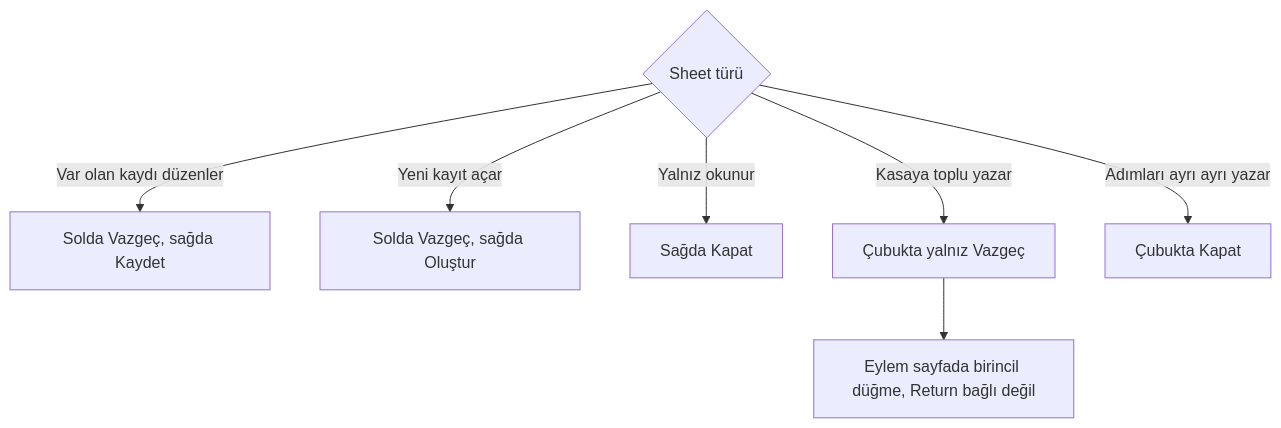
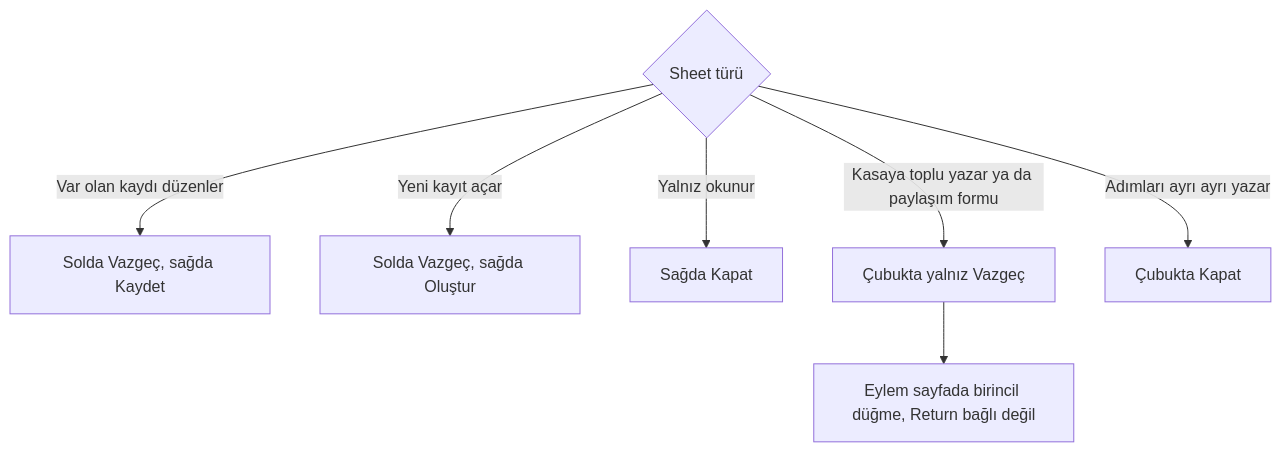
One commit to dogancanyildiz/kenet changed the second of 6 diagrams in docs/design.md. Above: the diagram before and after it, drawn with Mermaid. The commit also changed other lines of this file and 3 other files, not shown here.

````diff
--- a/docs/design.md
+++ b/docs/design.md
@@ -367,9 +220,9 @@
 ```mermaid
 flowchart TD
     A{Sheet türü} -->|Var olan kaydı düzenler| B[Solda Vazgeç, sağda Kaydet]
     A -->|Yeni kayıt açar| C[Solda Vazgeç, sağda Oluştur]
     A -->|Yalnız okunur| D[Sağda Kapat]
-    A -->|Kasaya toplu yazar| E[Çubukta yalnız Vazgeç]
+    A -->|Kasaya toplu yazar ya da paylaşım formu| E[Çubukta yalnız Vazgeç]
     E --> F[Eylem sayfada birincil düğme, Return bağlı değil]
     A -->|Adımları ayrı ayrı yazar| G[Çubukta Kapat]
 ```
````
